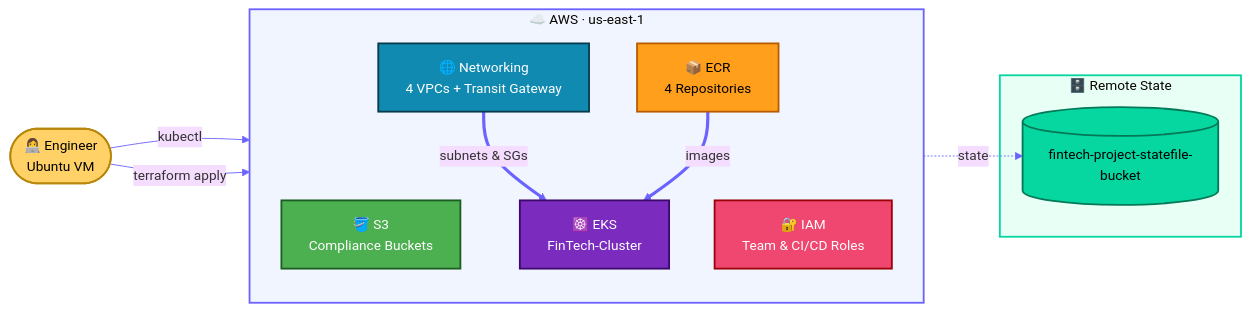
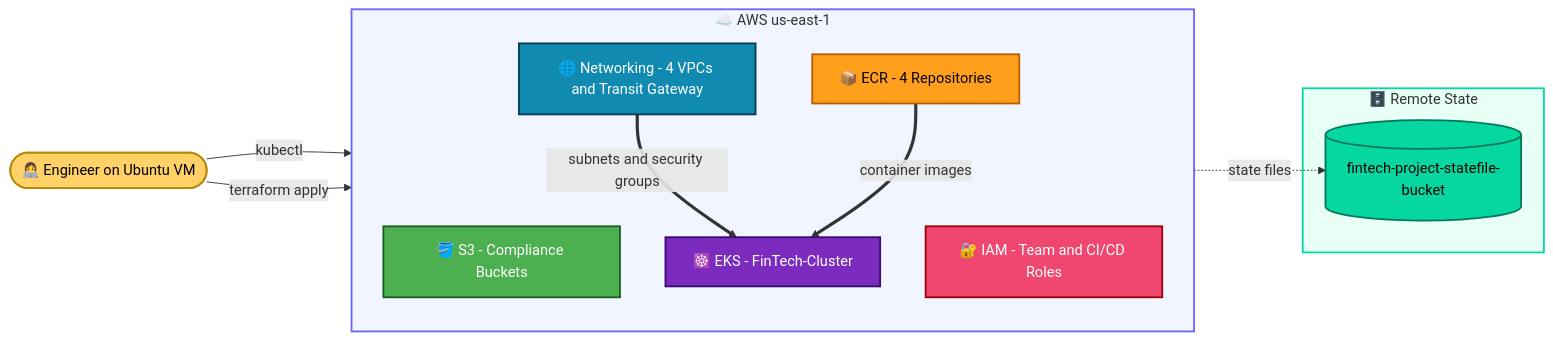
The first of 12 diagrams in Terraform-FinTech-Infra/README.md (muntaha747/FinTech-Enterprise-Project), drawn with Mermaid before and after one commit. The commit also changed other lines of this file and 1 other file, not shown here.

Commit message:
Fix README Mermaid diagrams, add interview notes; drop duplicate root EKS access entry [skip CI]

````diff
--- a/Terraform-FinTech-Infra/README.md
+++ b/Terraform-FinTech-Infra/README.md
@@ -36,34 +40,33 @@
 ```mermaid
-%%{init: {'theme':'base','themeVariables':{'fontSize':'15px','lineColor':'#6C63FF'}}}%%
 flowchart LR
-    DEV([👩‍💻 Engineer<br/>Ubuntu VM]):::user
+    DEV(["👩‍💻 Engineer on Ubuntu VM"]):::user
 
-    subgraph STATE["🗄️ Remote State"]
-        SB[(fintech-project-statefile-bucket)]:::state
+    subgraph STATEBOX["🗄️ Remote State"]
+        SB[("fintech-project-statefile-bucket")]:::state
     end
 
-    subgraph AWS["☁️ AWS · us-east-1"]
+    subgraph AWSBOX["☁️ AWS us-east-1"]
         direction TB
-        S3[🪣 S3<br/>Compliance Buckets]:::s3
-        NET[🌐 Networking<br/>4 VPCs + Transit Gateway]:::net
-        IAM[🔐 IAM<br/>Team & CI/CD Roles]:::iam
-        ECR[📦 ECR<br/>4 Repositories]:::ecr
-        EKS[☸️ EKS<br/>FinTech-Cluster]:::eks
+        S3["🪣 S3 - Compliance Buckets"]:::s3
+        NET["🌐 Networking - 4 VPCs and Transit Gateway"]:::net
+        IAM["🔐 IAM - Team and CI/CD Roles"]:::iam
+        ECR["📦 ECR - 4 Repositories"]:::ecr
+        EKS["☸️ EKS - FinTech-Cluster"]:::eks
     end
 
-    DEV -- terraform apply --> AWS
-    AWS -. state .-> SB
-    NET == subnets & SGs ==> EKS
-    ECR == images ==> EKS
-    DEV -- kubectl --> EKS
+    DEV -->|"terraform apply"| AWSBOX
+    AWSBOX -.->|"state files"| SB
+    NET ==>|"subnets and security groups"| EKS
+    ECR ==>|"container images"| EKS
+    DEV -->|"kubectl"| EKS
 
     classDef user  fill:#FFD166,stroke:#B8860B,color:#000,stroke-width:2px
     classDef state fill:#06D6A0,stroke:#047857,color:#000,stroke-width:2px
     classDef s3    fill:#4CAF50,stroke:#1B5E20,color:#fff,stroke-width:2px
     classDef net   fill:#118AB2,stroke:#073B4C,color:#fff,stroke-width:2px
     classDef iam   fill:#EF476F,stroke:#9D0208,color:#fff,stroke-width:2px
     classDef ecr   fill:#FF9F1C,stroke:#B85C00,color:#000,stroke-width:2px
     classDef eks   fill:#7B2CBF,stroke:#3C096C,color:#fff,stroke-width:2px
-    style AWS fill:#F1F5FF,stroke:#6C63FF,stroke-width:2px
-    style STATE fill:#E8FFF6,stroke:#06D6A0,stroke-width:2px
+    style AWSBOX fill:#F1F5FF,stroke:#6C63FF,stroke-width:2px
+    style STATEBOX fill:#E8FFF6,stroke:#06D6A0,stroke-width:2px
 ```
````
